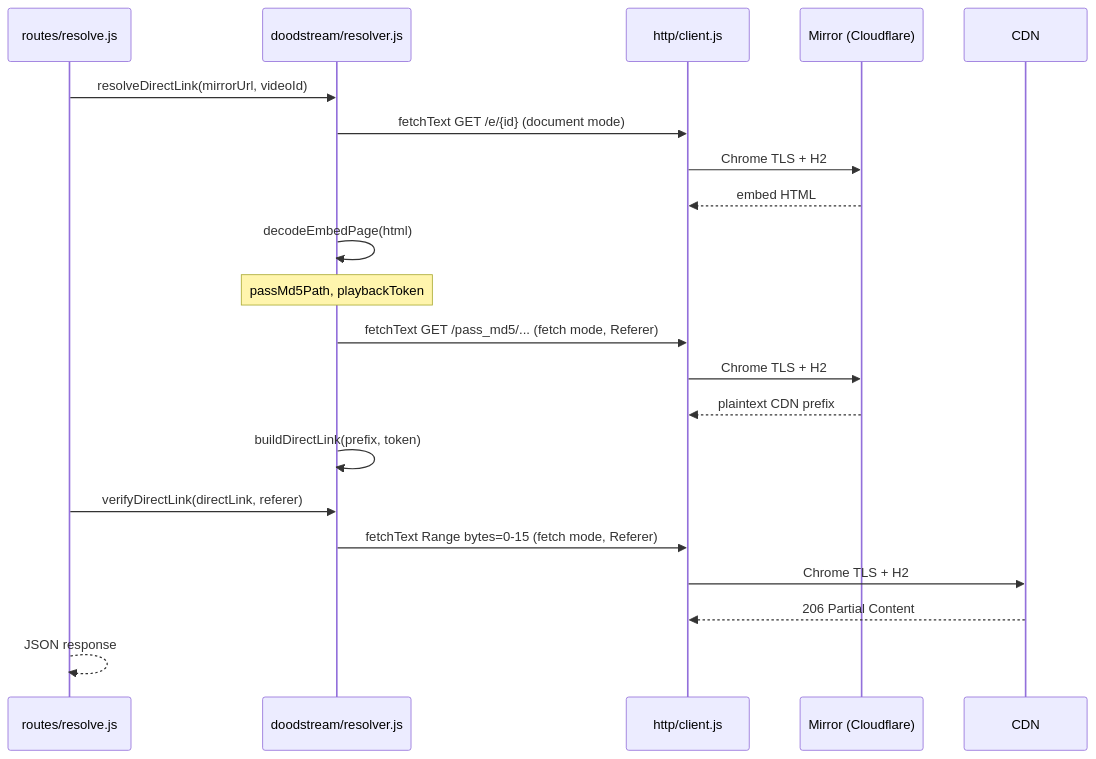
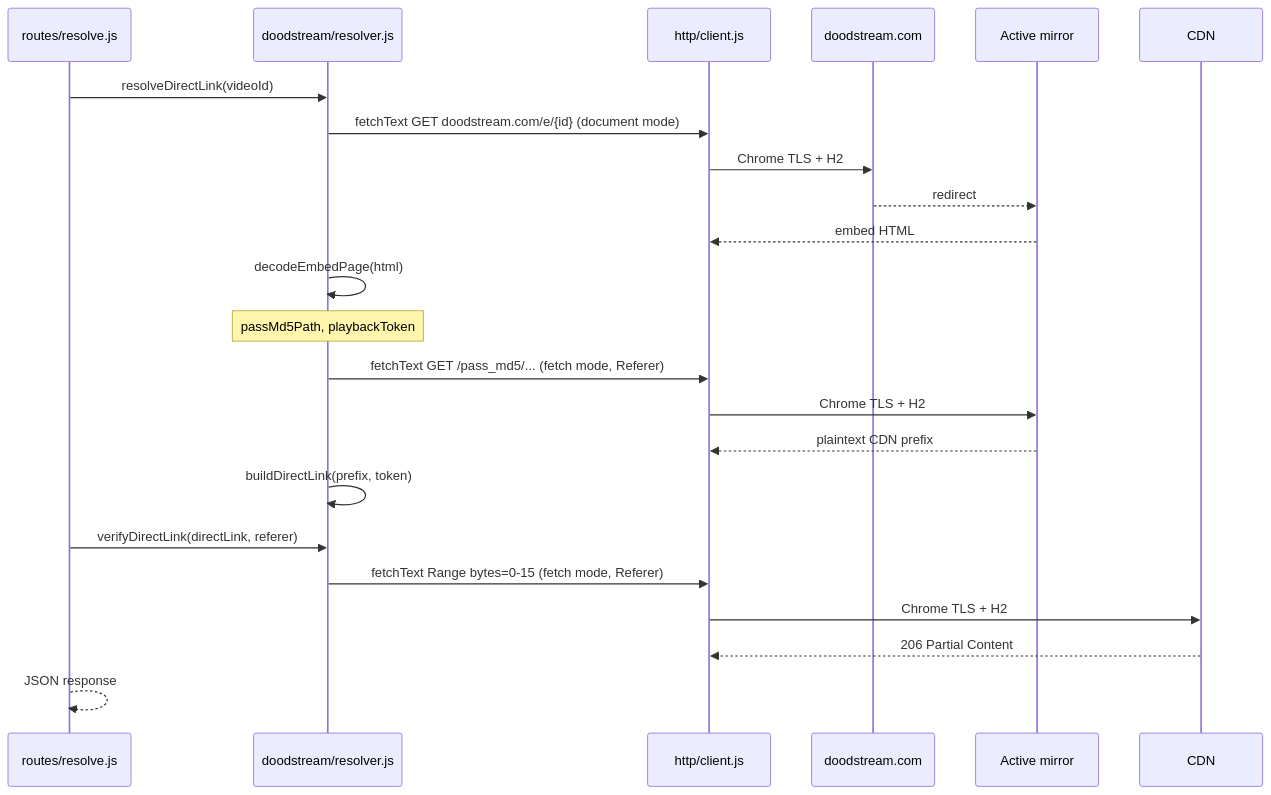
Before and after one commit to sharoon7171/doodstream-direct-resolver: the second of 2 diagrams in README.md, drawn with Mermaid. The commit also changed other lines of this file and 15 other files, not shown here.

Commit message:
move server into src, resolve video IDs via doodstream bootstrap, add live timers, and update README

````diff
--- a/README.md
+++ b/README.md
@@ -110,24 +114,26 @@
 ```mermaid
 sequenceDiagram
   participant R as routes/resolve.js
   participant V as doodstream/resolver.js
   participant H as http/client.js
-  participant M as Mirror (Cloudflare)
+  participant B as doodstream.com
+  participant M as Active mirror
   participant C as CDN
 
-  R->>V: resolveDirectLink(mirrorUrl, videoId)
-  V->>H: fetchText GET /e/{id} (document mode)
-  H->>M: Chrome TLS + H2
+  R->>V: resolveDirectLink(videoId)
+  V->>H: fetchText GET doodstream.com/e/{id} (document mode)
+  H->>B: Chrome TLS + H2
+  B-->>M: redirect
   M-->>H: embed HTML
   V->>V: decodeEmbedPage(html)
   Note over V: passMd5Path, playbackToken
   V->>H: fetchText GET /pass_md5/... (fetch mode, Referer)
   H->>M: Chrome TLS + H2
   M-->>H: plaintext CDN prefix
   V->>V: buildDirectLink(prefix, token)
   R->>V: verifyDirectLink(directLink, referer)
   V->>H: fetchText Range bytes=0-15 (fetch mode, Referer)
   H->>C: Chrome TLS + H2
   C-->>H: 206 Partial Content
   R-->>R: JSON response
 ```
````
